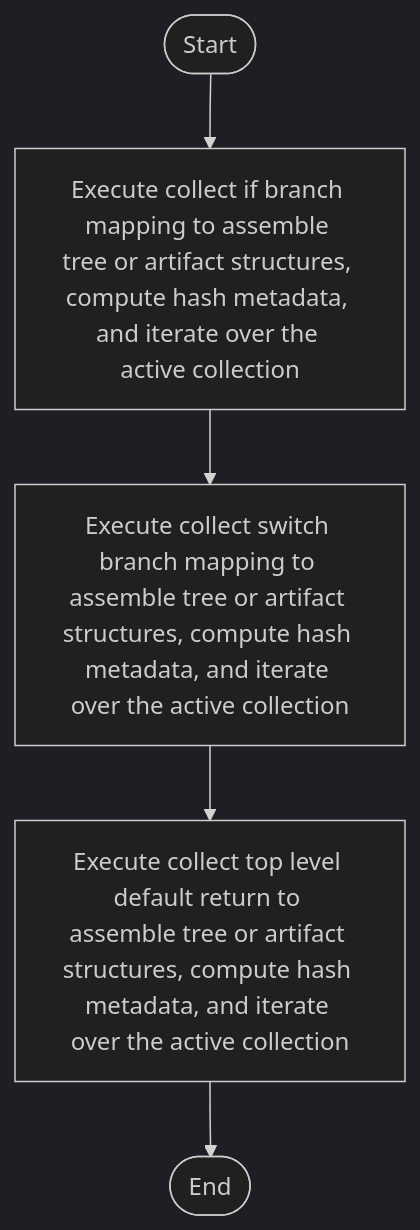
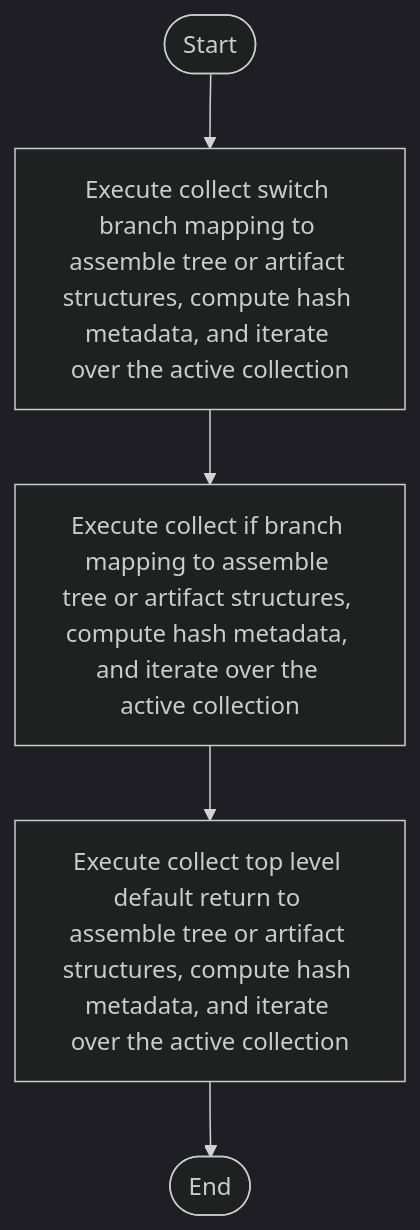
Before and after one commit to JohnAndrewBalbarosa/NeoTerritory: the diagram in docs/Codebase/Microservice/Modules/Source/Creational/Transform/creational_transform_factory_reverse_parse_mapping.cpp.md, drawn with Mermaid (dark theme). The commit also changed 148 other files, not shown here.

````diff
--- a/docs/Codebase/Microservice/Modules/Source/Creational/Transform/creational_transform_factory_reverse_parse_mapping.cpp.md
+++ b/docs/Codebase/Microservice/Modules/Source/Creational/Transform/creational_transform_factory_reverse_parse_mapping.cpp.md
@@ -31,12 +31,12 @@
 ```mermaid
 flowchart TD
     Start([Start])
-    N0[Execute collect if branch mapping to assemble tree or artifact structures, compute hash metadata, and iterate over the active collection]
-    N1[Execute collect switch branch mapping to assemble tree or artifact structures, compute hash metadata, and iterate over the active collection]
+    N0[Execute collect switch branch mapping to assemble tree or artifact structures, compute hash metadata, and iterate over the active collection]
+    N1[Execute collect if branch mapping to assemble tree or artifact structures, compute hash metadata, and iterate over the active collection]
     N2[Execute collect top level default return to assemble tree or artifact structures, compute hash metadata, and iterate over the active collection]
     End([End])
     Start --> N0
     N0 --> N1
     N1 --> N2
     N2 --> End
 ```
````
